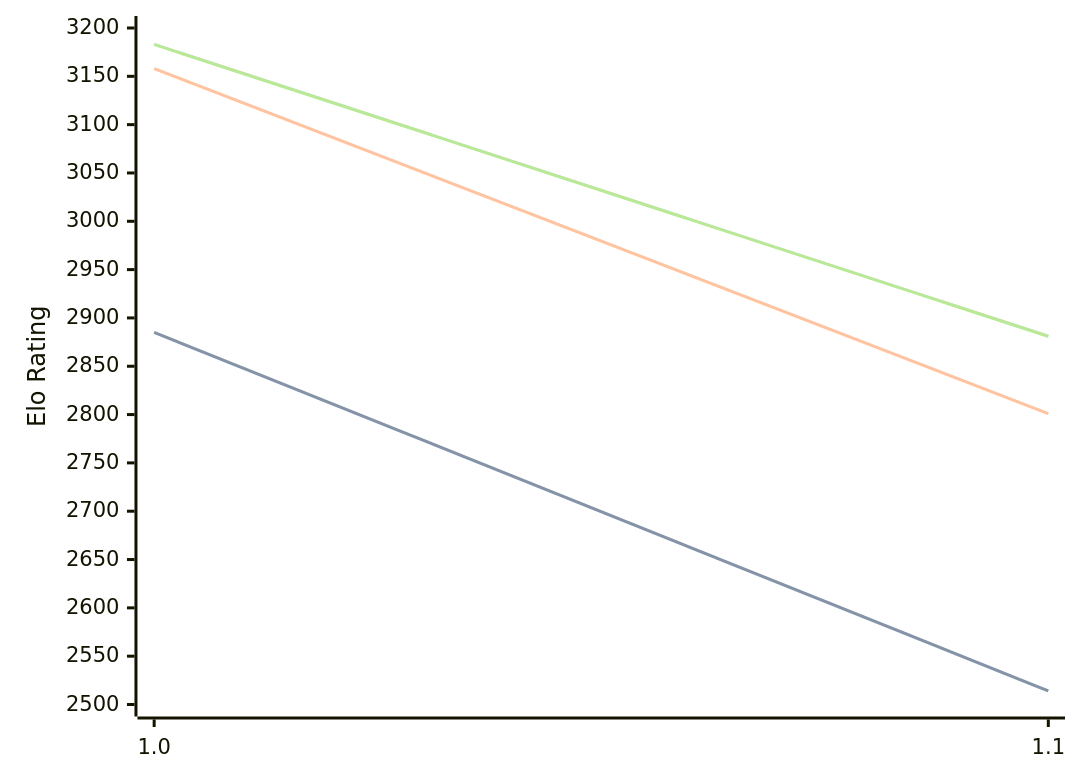
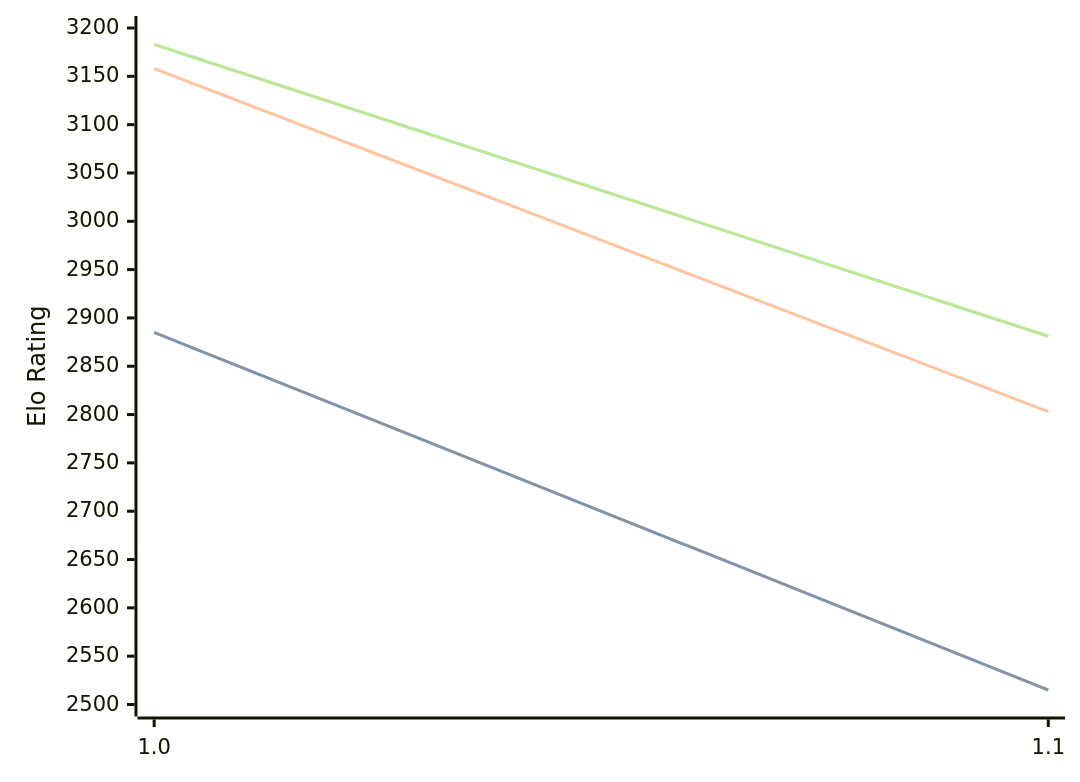
The diagram in engines/Publius.md (computer-chess-index/cci), drawn with Mermaid before and after one commit. The commit also changed other lines of this file, not shown here.

````diff
--- a/engines/Publius.md
+++ b/engines/Publius.md
@@ -32,11 +32,11 @@
 ```mermaid
 %%{init: {"theme":"base","themeVariables":{"seriesColors:['#a3a3a3','#222221','#faa371']}}}%%
 xychart-beta
   x-axis ["1.0", "1.1"]
   y-axis "Elo Rating" 2500 --> 3200
-  line "STC (8.0+0.08s)" [2885, 2514]
-  line "STC (8.0+0.08s)" [2885, 2514]
-  line "LTC (60.0+0.60s)" [3158, 2801]
+  line "STC (8.0+0.08s)" [2885, 2515]
+  line "STC (8.0+0.08s)" [2885, 2515]
+  line "LTC (60.0+0.60s)" [3158, 2803]
   line "VLTC (2m24s+1.12s)" [3183, 2881]
   line "VLTC (2m24s+1.12s)" [3183, 2881]
 ```
````
